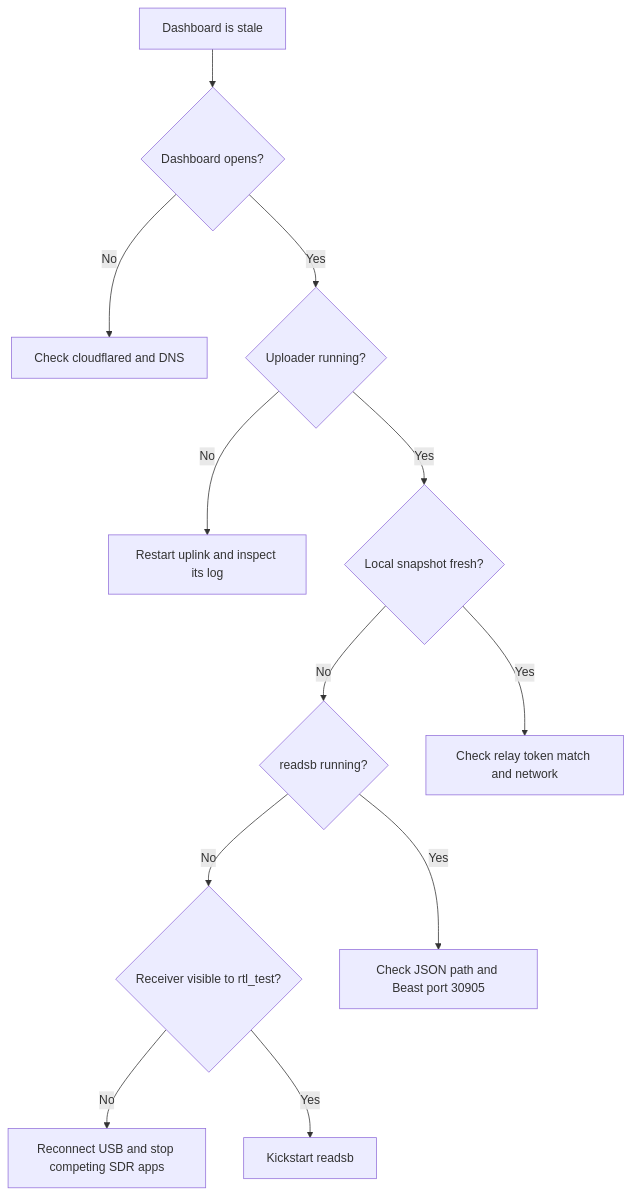
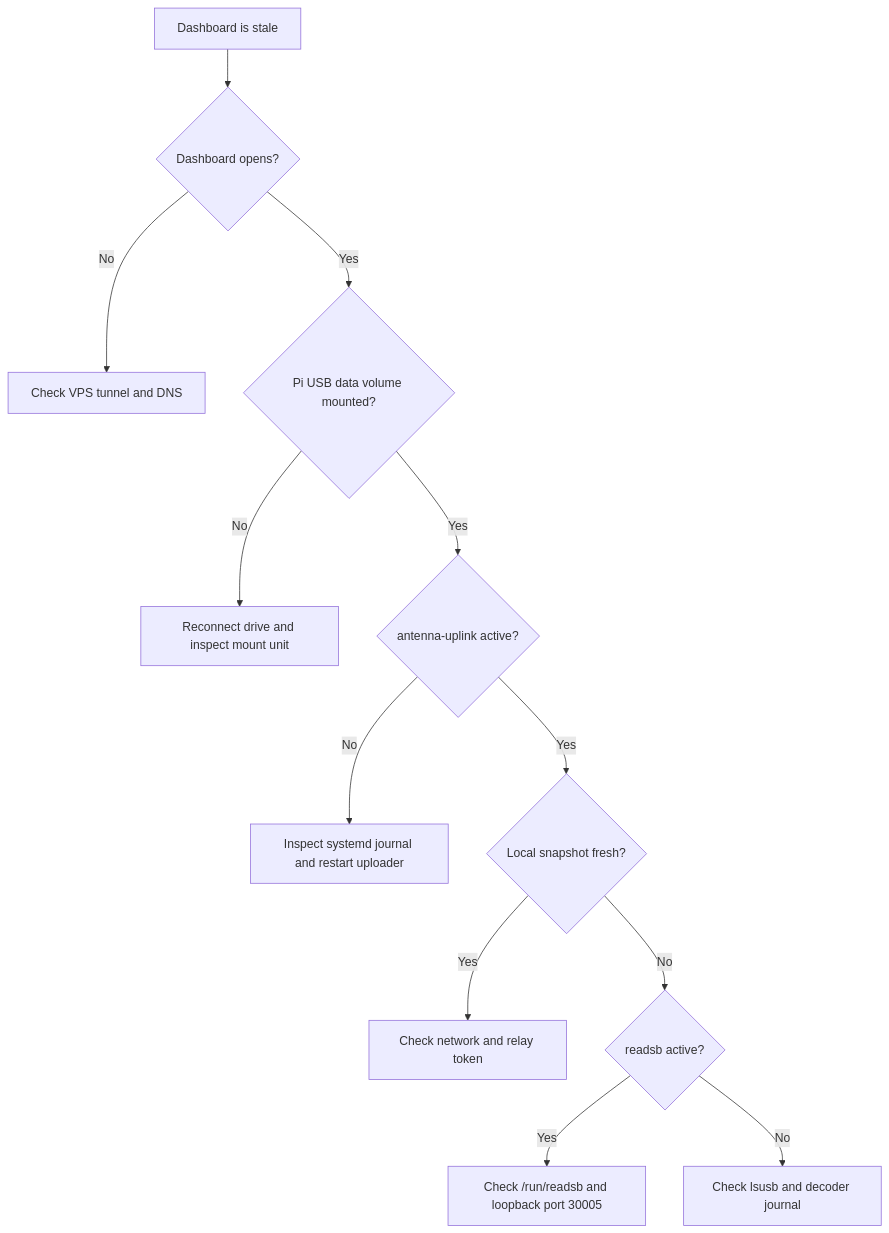
One commit to ramideltoro/antenna_observatory changed the diagram in wiki-site/docs/troubleshooting.md. Above: the diagram before and after it, drawn with Mermaid. The commit also changed other lines of this file and 14 other files, not shown here.

Commit message:
docs: describe Raspberry Pi receiver and USB storage operations (#21)

````diff
--- a/wiki-site/docs/troubleshooting.md
+++ b/wiki-site/docs/troubleshooting.md
@@ -5,14 +5,14 @@
 ```mermaid
 flowchart TD
     Start[Dashboard is stale] --> Public{Dashboard opens?}
-    Public -->|No| Tunnel[Check cloudflared and DNS]
-    Public -->|Yes| Uplink{Uploader running?}
-    Uplink -->|No| UL[Restart uplink and inspect its log]
+    Public -->|No| Tunnel[Check VPS tunnel and DNS]
+    Public -->|Yes| Storage{Pi USB data volume mounted?}
+    Storage -->|No| Mount[Reconnect drive and inspect mount unit]
+    Storage -->|Yes| Uplink{antenna-uplink active?}
+    Uplink -->|No| UL[Inspect systemd journal and restart uploader]
     Uplink -->|Yes| Local{Local snapshot fresh?}
-    Local -->|No| Readsb{readsb running?}
-    Local -->|Yes| Token[Check relay token match and network]
-    Readsb -->|No| USB{Receiver visible to rtl_test?}
-    Readsb -->|Yes| JSON[Check JSON path and Beast port 30905]
-    USB -->|No| Cable[Reconnect USB and stop competing SDR apps]
-    USB -->|Yes| Restart[Kickstart readsb]
+    Local -->|Yes| Token[Check network and relay token]
+    Local -->|No| Readsb{readsb active?}
+    Readsb -->|Yes| JSON[Check /run/readsb and loopback port 30005]
+    Readsb -->|No| USB[Check lsusb and decoder journal]
 ```
````
